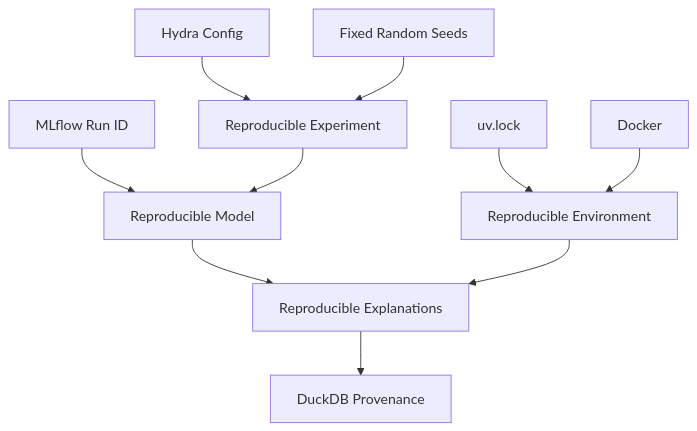
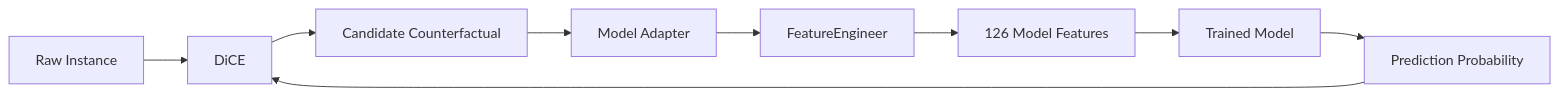
The fourth of 4 diagrams in README.md (rodrick-mpofu/counterdistill), drawn with Mermaid before and after one commit. The commit also changed other lines of this file, not shown here.

Commit message:
docs: update project architecture and reproducibility guide

````diff
--- a/README.md
+++ b/README.md
@@ -1093,16 +366,11 @@
 ```mermaid
-flowchart TD
-    A[uv.lock] --> F[Reproducible Environment]
-    B[Docker] --> F
-
-    C[Hydra Config] --> G[Reproducible Experiment]
-    D[Fixed Random Seeds] --> G
-
-    E[MLflow Run ID] --> H[Reproducible Model]
-    G --> H
-
-    H --> I[Reproducible Explanations]
-    F --> I
-
-    I --> J[DuckDB Provenance]
+flowchart LR
+    A[Raw Instance] --> B[DiCE]
+    B --> C[Candidate Counterfactual]
+    C --> D[Model Adapter]
+    D --> E[FeatureEngineer]
+    E --> F[126 Model Features]
+    F --> G[Trained Model]
+    G --> H[Prediction Probability]
+    H --> B
 ```
````
